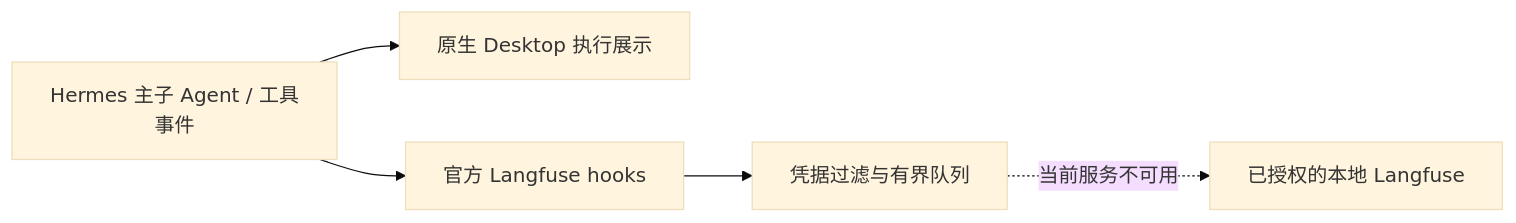
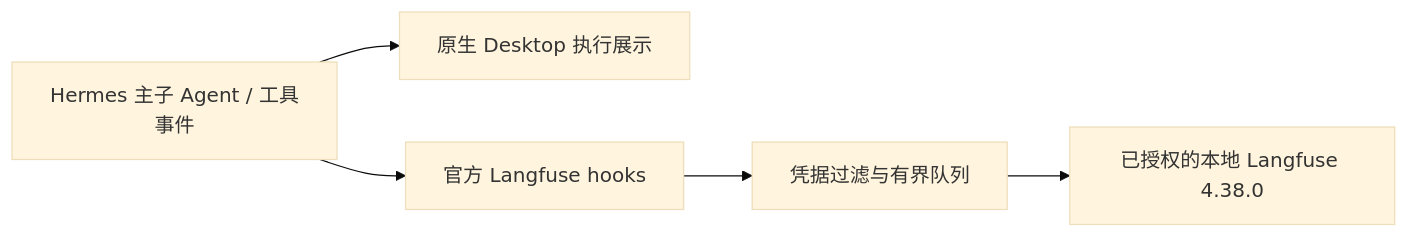
One commit to mizane446/personalized-travel-multi-agent changed the diagram in docs/travel/07-Langfuse.md. Above: the diagram before and after it, drawn with Mermaid (base theme). The commit also changed other lines of this file and 7 other files, not shown here.

````diff
--- a/docs/travel/07-Langfuse.md
+++ b/docs/travel/07-Langfuse.md
@@ -5,7 +5,7 @@
 ```mermaid
 flowchart LR
   H[Hermes 主子 Agent / 工具事件] --> D[原生 Desktop 执行展示]
   H --> P[官方 Langfuse hooks]
   P --> S[凭据过滤与有界队列]
-  S -. 当前服务不可用 .-> L[已授权的本地 Langfuse]
+  S --> L[已授权的本地 Langfuse 4.38.0]
 ```
````
